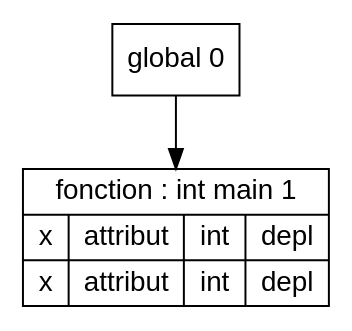
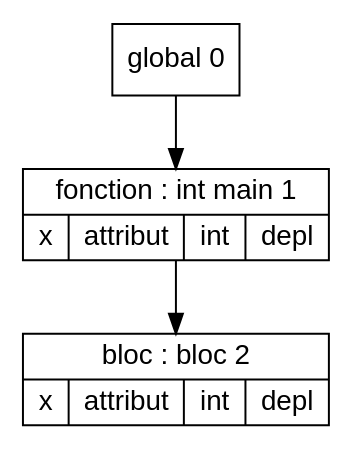
The diagram in Code/out/tds/dot/Test_Semantique/var_deja_def4.dot (Hamza-ABDOULHOUSSEN/compil), drawn with Graphviz before and after one commit. The commit also changed 51 other files, not shown here.

```diff
--- a/Code/out/tds/dot/Test_Semantique/var_deja_def4.dot
+++ b/Code/out/tds/dot/Test_Semantique/var_deja_def4.dot
@@ -1,15 +1,19 @@
 digraph "tds"{
 
 	node [fontname="Arial"];
 
+	N2 [shape=record label="{ bloc : bloc  2
+	| { x | attribut | int | depl }
+	}"];
+
 	N1 [shape=record label="{ fonction : int main 1
-	| { x | attribut | int | depl }
 	| { x | attribut | int | depl }
 	}"];
 
 	N0 [shape=record label="{ global 0
 	}"];
 
 
 	N0 -> N1; 
+	N1 -> N2; 
 }
```
